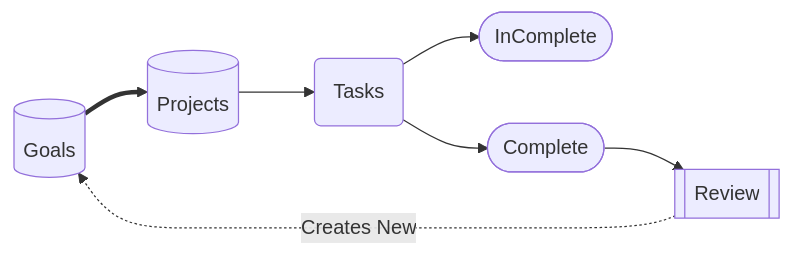
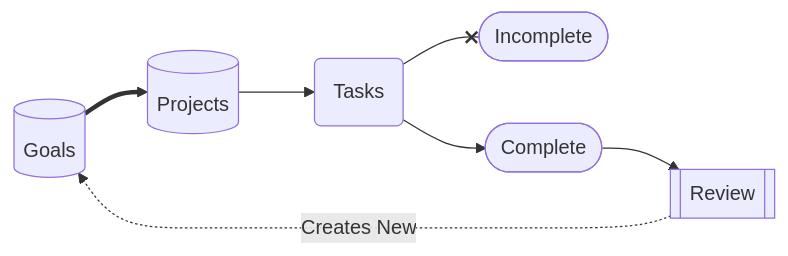
The diagram in goals.md (acatlin/mermaid), drawn with Mermaid before and after one commit.

Commit message:
Update goals.md
v13

````diff
--- a/goals.md
+++ b/goals.md
@@ -1,15 +1,15 @@
 ``` mermaid
 
 flowchart LR
 
   %% goals %%
 
   G[(Goals)] ==> P[(Projects)]
   P --> PT(Tasks)
-  PT --> IC([InComplete])
+  PT --x IC([Incomplete])
 
   PT --> C([Complete])
   C --> R[[Review]]
   R -..->|Creates New| G
 
 ```
````
